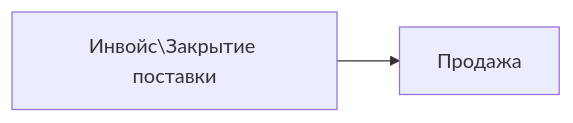
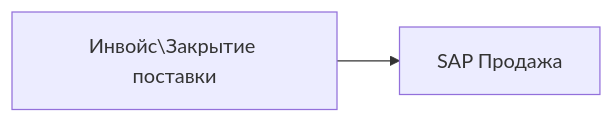
The fifth of 5 diagrams in Begin/Pre-QRF/Sales-Process/00.-Сопоставление-документов-SAP-с-процессом-продажи.md (nikmad-ops/roinworld-sap-b1-docs), drawn with Mermaid before and after one commit. The commit also changed other lines of this file, not shown here.

Commit message:
Updated 00. Сопоставление документов SAP с процессом продажи

```diff
--- a/Begin/Pre-QRF/Sales-Process/00.-Сопоставление-документов-SAP-с-процессом-продажи.md
+++ b/Begin/Pre-QRF/Sales-Process/00.-Сопоставление-документов-SAP-с-процессом-продажи.md
@@ -22,4 +22,4 @@
 ::: mermaid
  graph LR;
- A[Инвойс\Закрытие поставки] --> B[Продажа];
+ A[Инвойс\Закрытие поставки] --> B[SAP Продажа];
 :::
```
